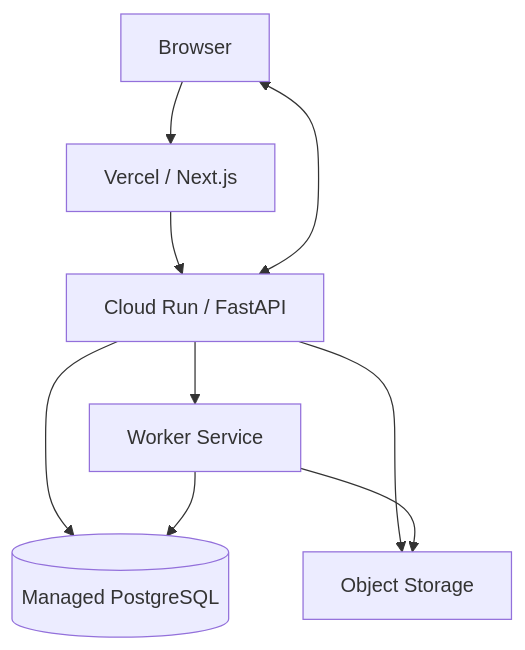
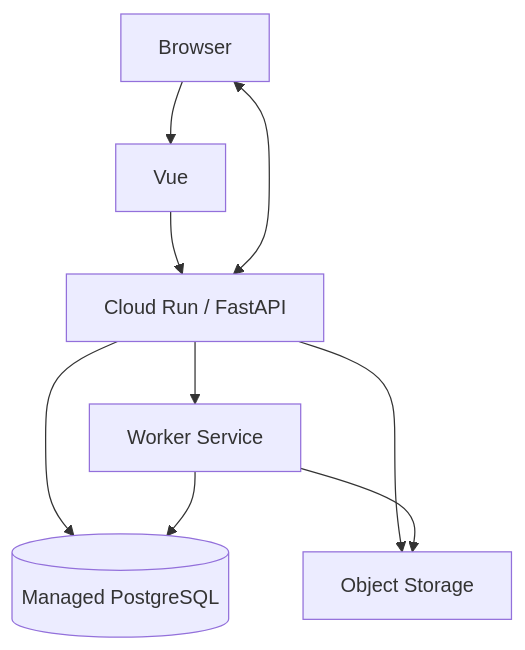
Before and after one commit to AnChen1026/AIPE04_group3: the third of 3 diagrams in docs/SAD系統架構設計.md, drawn with Mermaid. The commit also changed other lines of this file and 19 other files, not shown here.

````diff
--- a/docs/SAD系統架構設計.md
+++ b/docs/SAD系統架構設計.md
@@ -222,11 +223,11 @@
 ```mermaid
 flowchart TD
-    Browser --> V[Vercel / Next.js]
+    Browser --> V[Vue]
     V --> C[Cloud Run / FastAPI]
     Browser <--> C
     C --> P[(Managed PostgreSQL)]
     C --> O[Object Storage]
     C --> W[Worker Service]
     W --> P
     W --> O
 ```
````
